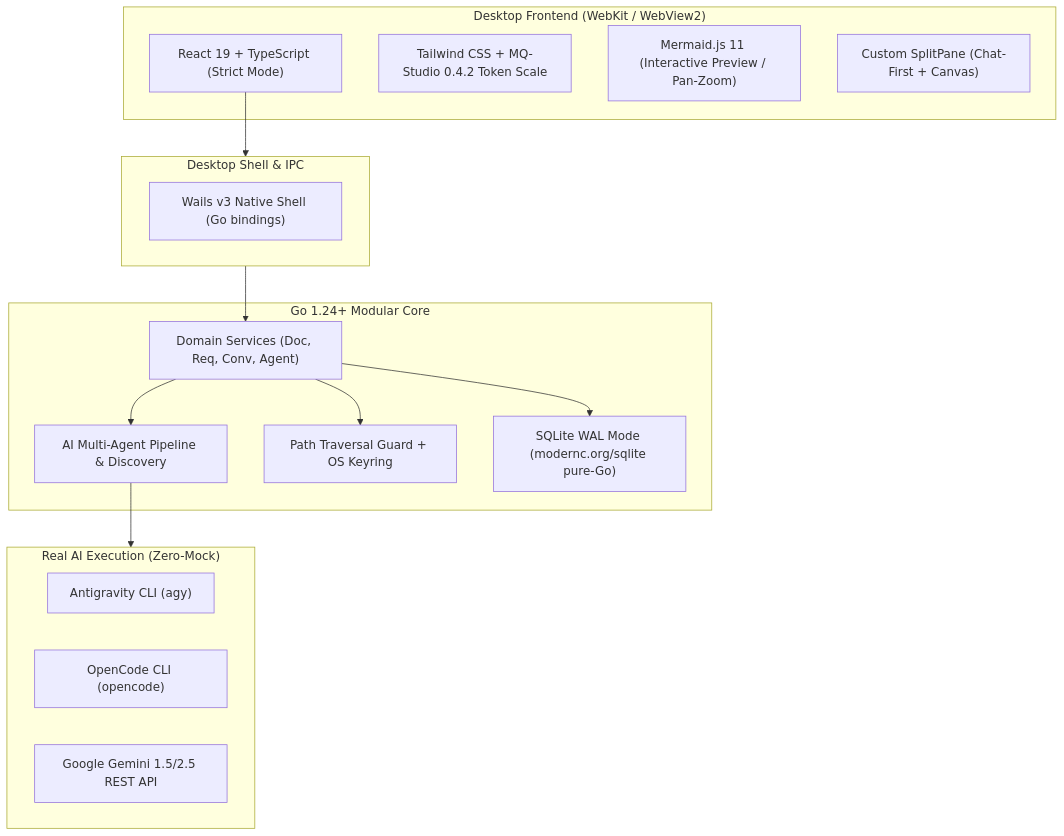
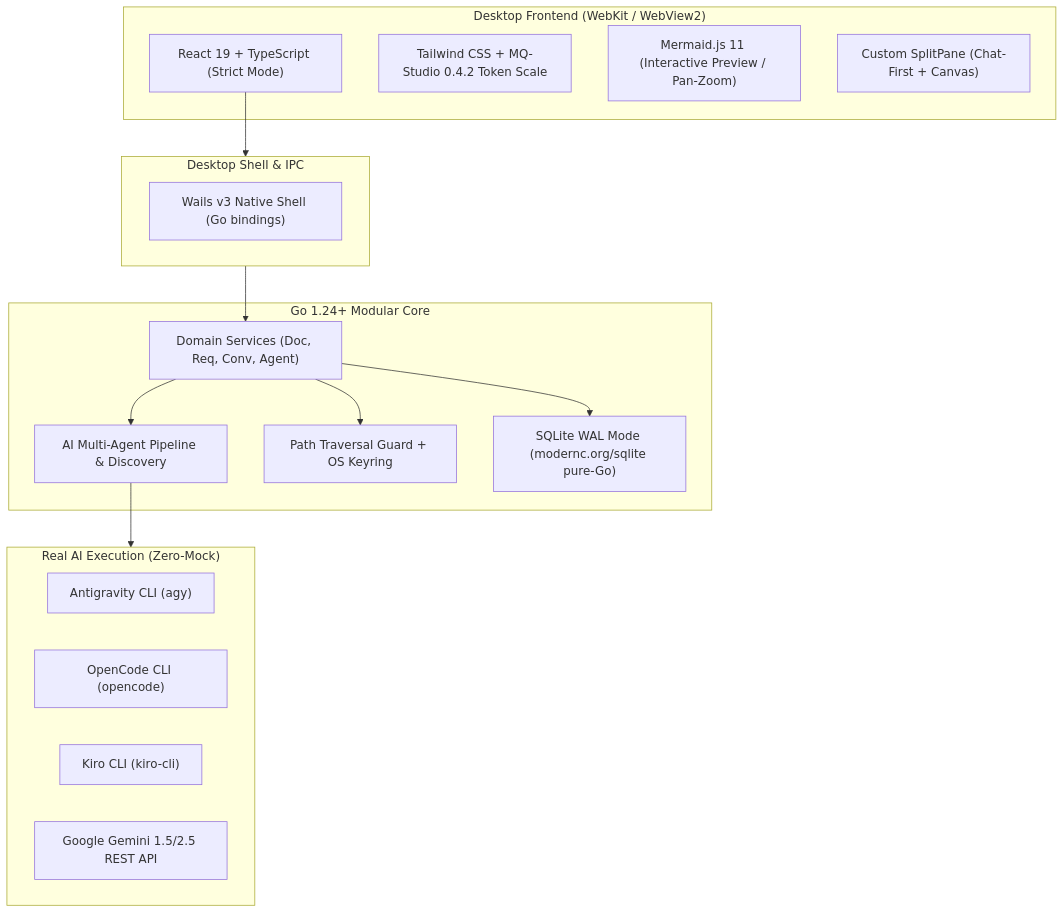
One commit to luftinur/Specra changed the first of 3 diagrams in docs/ARCHITECTURE.md. Above: the diagram before and after it, drawn with Mermaid. The commit also changed other lines of this file and 15 other files, not shown here.

Commit message:
feat(providers): Add Kiro-CLI as new Coding Agents

````diff
--- a/docs/ARCHITECTURE.md
+++ b/docs/ARCHITECTURE.md
@@ -20,33 +20,34 @@
 ```mermaid
 graph TD
     subgraph Frontend ["Desktop Frontend (WebKit / WebView2)"]
         UI["React 19 + TypeScript (Strict Mode)"]
         Style["Tailwind CSS + MQ-Studio 0.4.2 Token Scale"]
         Mermaid["Mermaid.js 11 (Interactive Preview / Pan-Zoom)"]
         Split["Custom SplitPane (Chat-First + Canvas)"]
     end
 
     subgraph Bridge ["Desktop Shell & IPC"]
         Wails["Wails v3 Native Shell (Go bindings)"]
     end
 
     subgraph Backend ["Go 1.24+ Modular Core"]
         ServiceLayer["Domain Services (Doc, Req, Conv, Agent)"]
         Orchestrator["AI Multi-Agent Pipeline & Discovery"]
         Security["Path Traversal Guard + OS Keyring"]
         Storage["SQLite WAL Mode (modernc.org/sqlite pure-Go)"]
     end
 
     subgraph AIProviders ["Real AI Execution (Zero-Mock)"]
         AGY["Antigravity CLI (agy)"]
         OC["OpenCode CLI (opencode)"]
+        KIRO["Kiro CLI (kiro-cli)"]
         Gemini["Google Gemini 1.5/2.5 REST API"]
     end
 
     UI --> Bridge
     Bridge --> ServiceLayer
     ServiceLayer --> Storage
     ServiceLayer --> Orchestrator
     Orchestrator --> AIProviders
     ServiceLayer --> Security
 ```
````
